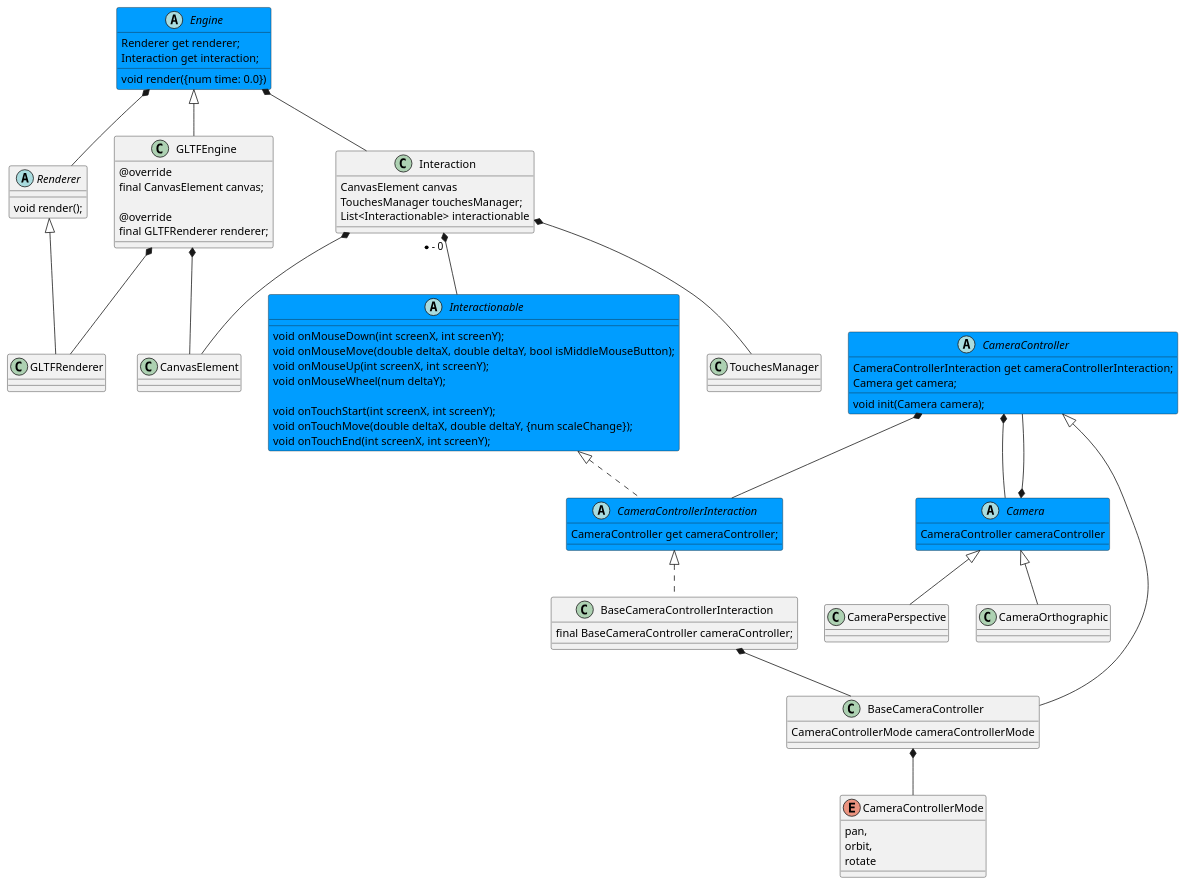
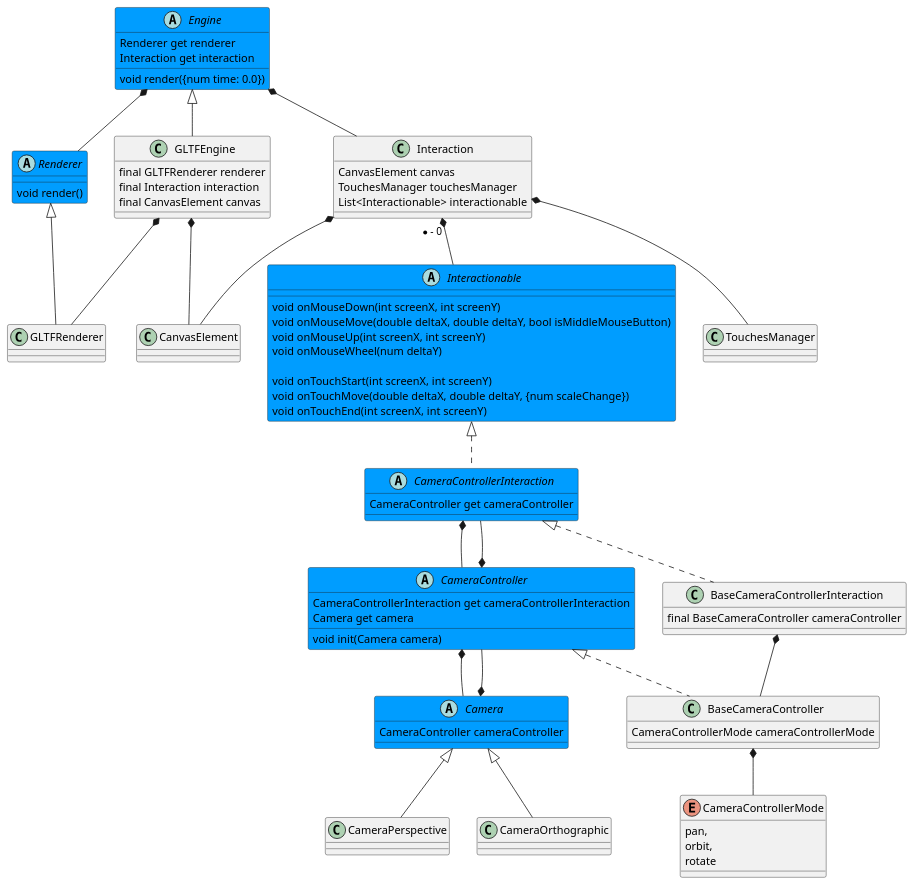
Before and after one commit to jox81/experiment_dart: the diagram in webgl/doc/camera.puml, drawn with PlantUML. The commit also changed 33 other files, not shown here.

```diff
--- a/webgl/doc/camera.puml
+++ b/webgl/doc/camera.puml
@@ -1,120 +1,117 @@
 @startuml
 
 '----------------------------------------------------------------------------
 
 abstract class Engine  #009dff {
-  Renderer get renderer;
-  Interaction get interaction;
+  Renderer get renderer
+  Interaction get interaction
 
   void render({num time: 0.0})
 }
 
-abstract class Renderer{
-  void render();
+abstract class Renderer #009dff{
+  void render()
 }
 
 Engine *-- Renderer
 Engine *-- Interaction
 
 
 
-
-
-
 '----------------------------------------------------------------------------
 
 class GLTFEngine extends Engine{
-    @override
-    final CanvasElement canvas;
-
-    @override
-    final GLTFRenderer renderer;
+  final GLTFRenderer renderer
+  final Interaction interaction
+  final CanvasElement canvas
 }
 
 GLTFEngine *-- GLTFRenderer
 GLTFEngine *-- CanvasElement
 
 class GLTFRenderer extends Renderer
 
 
 
 
 
 
 '----------------------------------------------------------------------------
 
 abstract class Interactionable #009dff{
-  void onMouseDown(int screenX, int screenY);
-  void onMouseMove(double deltaX, double deltaY, bool isMiddleMouseButton);
-  void onMouseUp(int screenX, int screenY);
-  void onMouseWheel(num deltaY);
+  void onMouseDown(int screenX, int screenY)
+  void onMouseMove(double deltaX, double deltaY, bool isMiddleMouseButton)
+  void onMouseUp(int screenX, int screenY)
+  void onMouseWheel(num deltaY)
 
-  void onTouchStart(int screenX, int screenY);
-  void onTouchMove(double deltaX, double deltaY, {num scaleChange});
-  void onTouchEnd(int screenX, int screenY);
+  void onTouchStart(int screenX, int screenY)
+  void onTouchMove(double deltaX, double deltaY, {num scaleChange})
+  void onTouchEnd(int screenX, int screenY)
 }
 
 class Interaction {
     CanvasElement canvas
-    TouchesManager touchesManager;
+    TouchesManager touchesManager
     List<Interactionable> interactionable
 }
 Interaction *-- TouchesManager
 Interaction *-- CanvasElement
 Interaction "* - 0" *--  Interactionable
 
 class TouchesManager
 
 
 
 '----------------------------------------------------------------------------
 
 abstract class Camera #009dff{
     CameraController cameraController
 }
 Camera *-- CameraController
 
 class CameraPerspective extends Camera
 class CameraOrthographic extends Camera
 
 abstract class CameraController #009dff{
-  CameraControllerInteraction get cameraControllerInteraction;
-  Camera get camera;
-  void init(Camera camera);
+  CameraControllerInteraction get cameraControllerInteraction
+  Camera get camera
+  void init(Camera camera)
 }
 CameraController *-- CameraControllerInteraction
 CameraController *-- Camera
 
 abstract class CameraControllerInteraction #009dff implements Interactionable {
-  CameraController get cameraController;
+  CameraController get cameraController
 }
 
-class BaseCameraController extends CameraController{
+CameraControllerInteraction *-- CameraController
+
+class BaseCameraController implements CameraController{
     CameraControllerMode cameraControllerMode
 }
 
 BaseCameraController *-- CameraControllerMode
 
 class BaseCameraControllerInteraction implements CameraControllerInteraction{
-  final BaseCameraController cameraController;
+  final BaseCameraController cameraController
 }
 BaseCameraControllerInteraction *-- BaseCameraController
 
 enum CameraControllerMode{
   pan,
   orbit,
   rotate
 }
 
 '----------------------------------------------------------------------------
 
 
 
 
 
 
 
 
 
 
 @enduml
```
